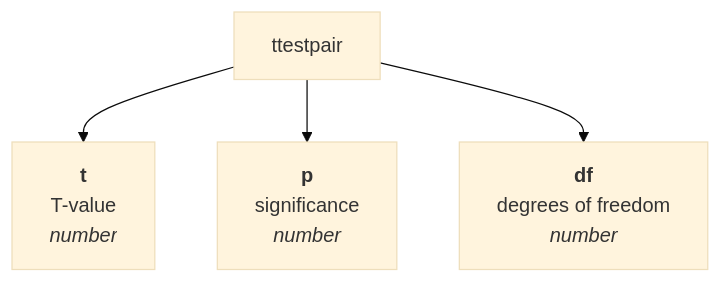
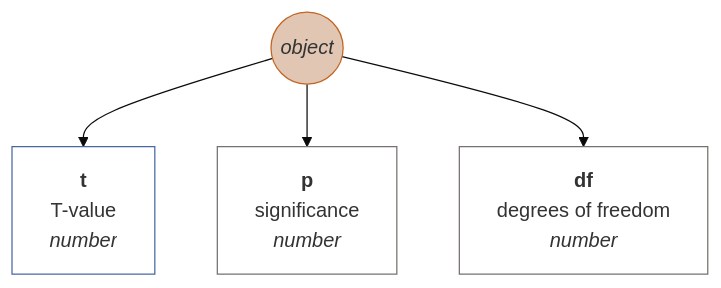
One commit to muzikp/retusa changed the ninth of 13 diagrams in docs/en-GB/matrix.md. Above: the diagram before and after it, drawn with Mermaid (base theme). The commit also changed other lines of this file and 17 other files, not shown here.

````diff
--- a/docs/en-GB/matrix.md
+++ b/docs/en-GB/matrix.md
@@ -419,7 +490,16 @@
 ```mermaid
 graph TD
+ttestpair((<i>object</i>))
+style ttestpair fill:#E1C6B3;
+style ttestpair stroke:#C36422;
 ttestpair --> t[<b>t</b><br>T-value <br><i>number</i>]
+style t fill:#FFFFFF;
+style t stroke:#4967A4;
 ttestpair --> p[<b>p</b><br>significance <br><i>number</i>]
+style p fill:#FFFFFF;
+style p stroke:#75716F;
 ttestpair --> df[<b>df</b><br>degrees of freedom <br><i>number</i>]
+style df fill:#FFFFFF;
+style df stroke:#75716F;
 
 ```
````
